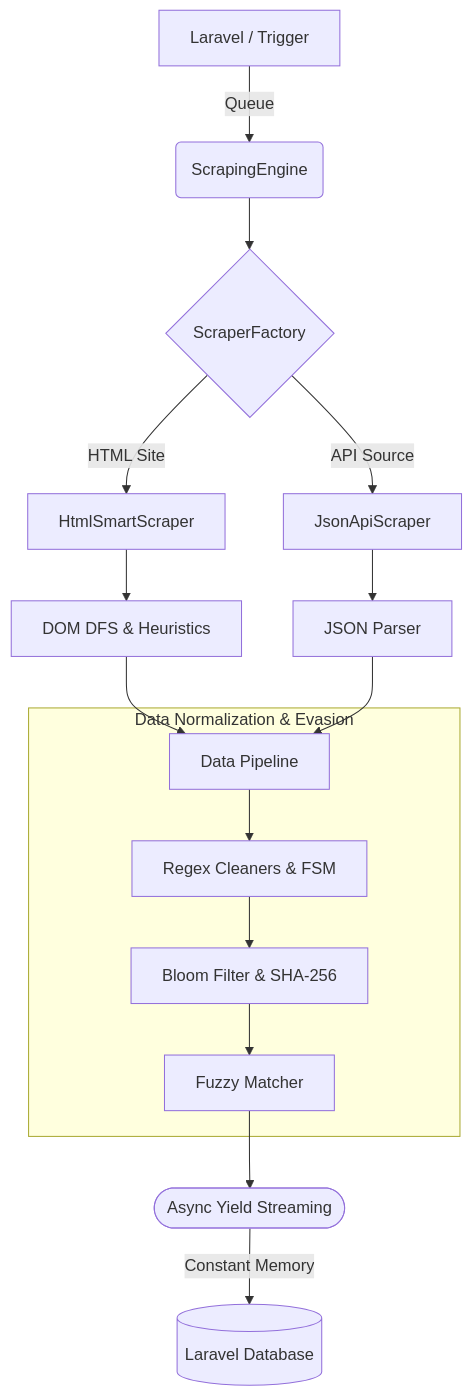
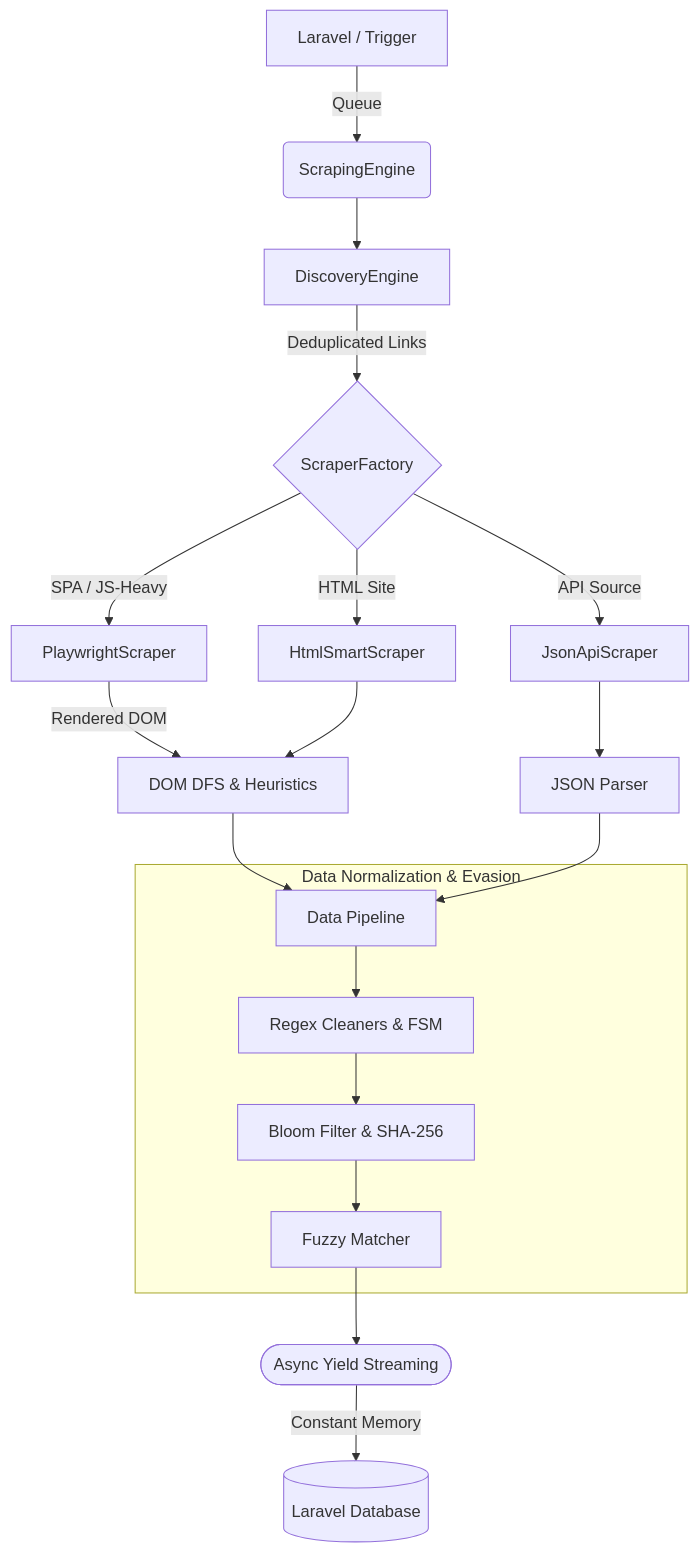
One commit to YousefAlTohamy/CareerCompass changed the second of 3 diagrams in ai-job-miner/README.md. Above: the diagram before and after it, drawn with Mermaid. The commit also changed other lines of this file and 5 other files, not shown here.

````diff
--- a/ai-job-miner/README.md
+++ b/ai-job-miner/README.md
@@ -99,22 +104,25 @@
 ```mermaid
 graph TD
     A[Laravel / Trigger] -->|Queue| B(ScrapingEngine)
-    B --> C{ScraperFactory}
+    B --> Z[DiscoveryEngine]
+    Z -->|Deduplicated Links| C{ScraperFactory}
     C -->|HTML Site| D[HtmlSmartScraper]
+    C -->|SPA / JS-Heavy| D2[PlaywrightScraper]
     C -->|API Source| E[JsonApiScraper]
 
-    D --> F[DOM DFS & Heuristics]
+    D2 -->|Rendered DOM| F[DOM DFS & Heuristics]
+    D --> F
     E --> G[JSON Parser]
 
     F --> H[Data Pipeline]
     G --> H
 
     subgraph Data Normalization & Evasion
         H --> I[Regex Cleaners & FSM]
         I --> J[Bloom Filter & SHA-256]
         J --> K[Fuzzy Matcher]
     end
 
     K --> L([Async Yield Streaming])
     L -->|Constant Memory| M[(Laravel Database)]
 ```
````
